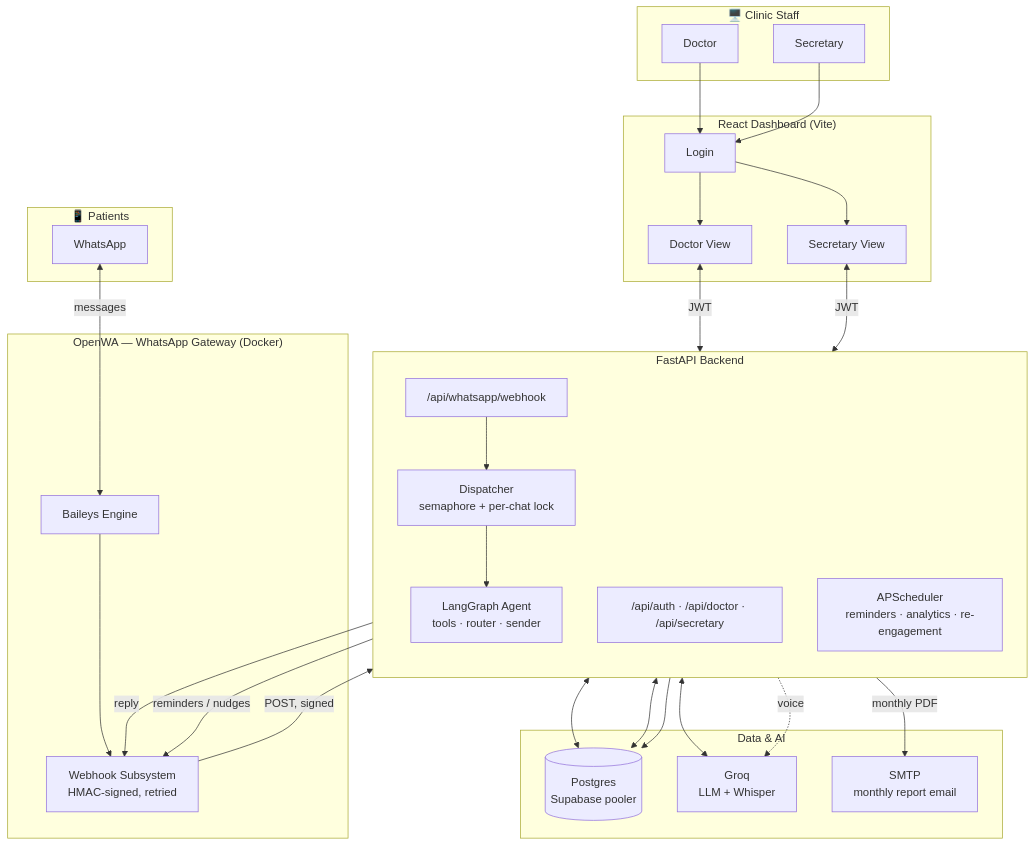
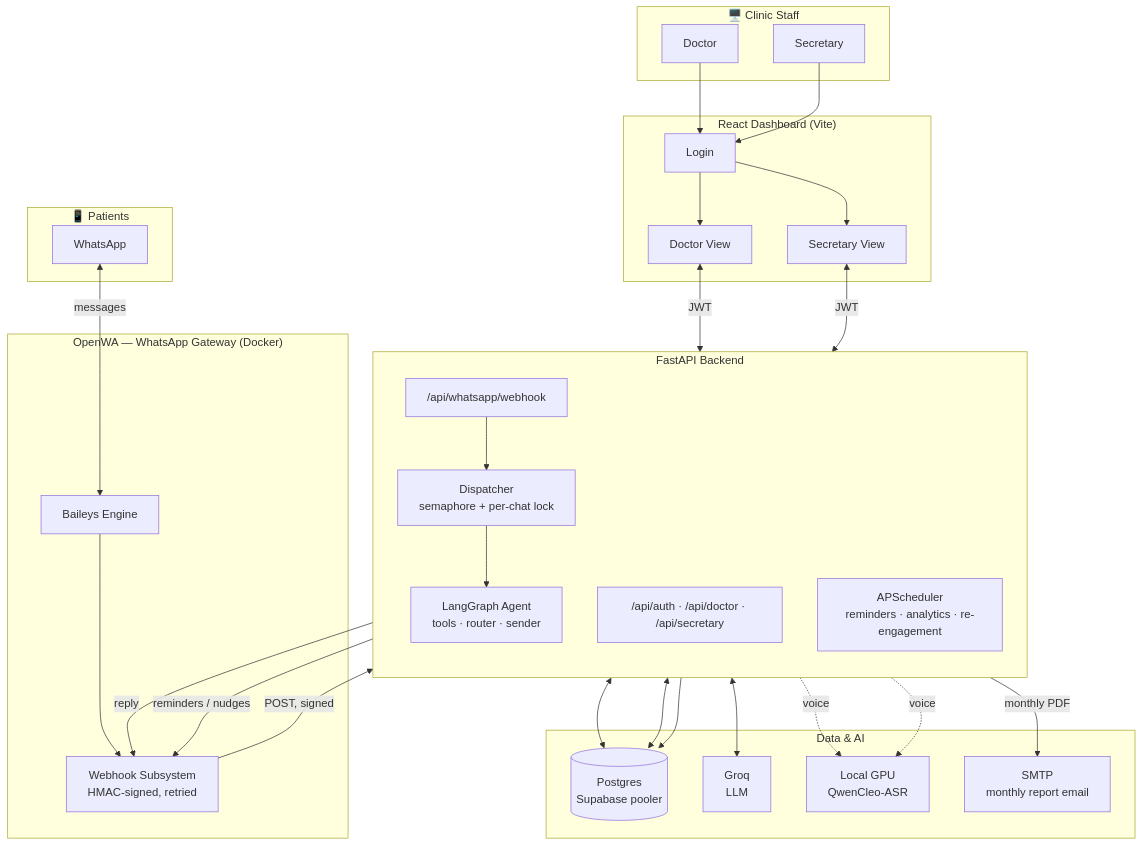
Before and after one commit to nourayman21k/Clinic: the first of 3 diagrams in README.md, drawn with Mermaid. The commit also changed other lines of this file and 15 other files, not shown here.

````diff
--- a/README.md
+++ b/README.md
@@ -71,59 +72,61 @@
 ```mermaid
 graph TB
     subgraph Patients["📱 Patients"]
         WA[WhatsApp]
     end
 
     subgraph Staff["🖥️ Clinic Staff"]
         Doctor[Doctor]
         Secretary[Secretary]
     end
 
     subgraph Gateway["OpenWA — WhatsApp Gateway (Docker)"]
         Baileys[Baileys Engine]
         Webhook[Webhook Subsystem<br/>HMAC-signed, retried]
     end
 
     subgraph Backend["FastAPI Backend"]
         direction TB
         Router["/api/whatsapp/webhook"]
         Dispatcher["Dispatcher<br/>semaphore + per-chat lock"]
         Agent["LangGraph Agent<br/>tools · router · sender"]
         REST["/api/auth · /api/doctor · /api/secretary"]
         Scheduler["APScheduler<br/>reminders · analytics · re-engagement"]
     end
 
     subgraph Frontend["React Dashboard (Vite)"]
         Login[Login]
         DoctorUI[Doctor View]
         SecretaryUI[Secretary View]
     end
 
     subgraph Data["Data & AI"]
         PG[(Postgres<br/>Supabase pooler)]
-        Groq[Groq<br/>LLM + Whisper]
+        Groq[Groq<br/>LLM]
+        ASR[Local GPU<br/>QwenCleo-ASR]
         SMTP[SMTP<br/>monthly report email]
     end
 
     WA <-->|messages| Baileys
     Baileys --> Webhook
     Webhook -->|POST, signed| Router
     Router --> Dispatcher
     Dispatcher --> Agent
     Agent -->|reply| Webhook
     Agent <--> PG
     Agent <--> Groq
+    Agent -.voice.-> ASR
 
     Doctor --> Login
     Secretary --> Login
     Login --> DoctorUI
     Login --> SecretaryUI
     DoctorUI <-->|JWT| REST
     SecretaryUI <-->|JWT| REST
     REST <--> PG
-    REST -.voice.-> Groq
+    REST -.voice.-> ASR
 
     Scheduler --> PG
     Scheduler -->|reminders / nudges| Webhook
     Scheduler -->|monthly PDF| SMTP
 ```
````
